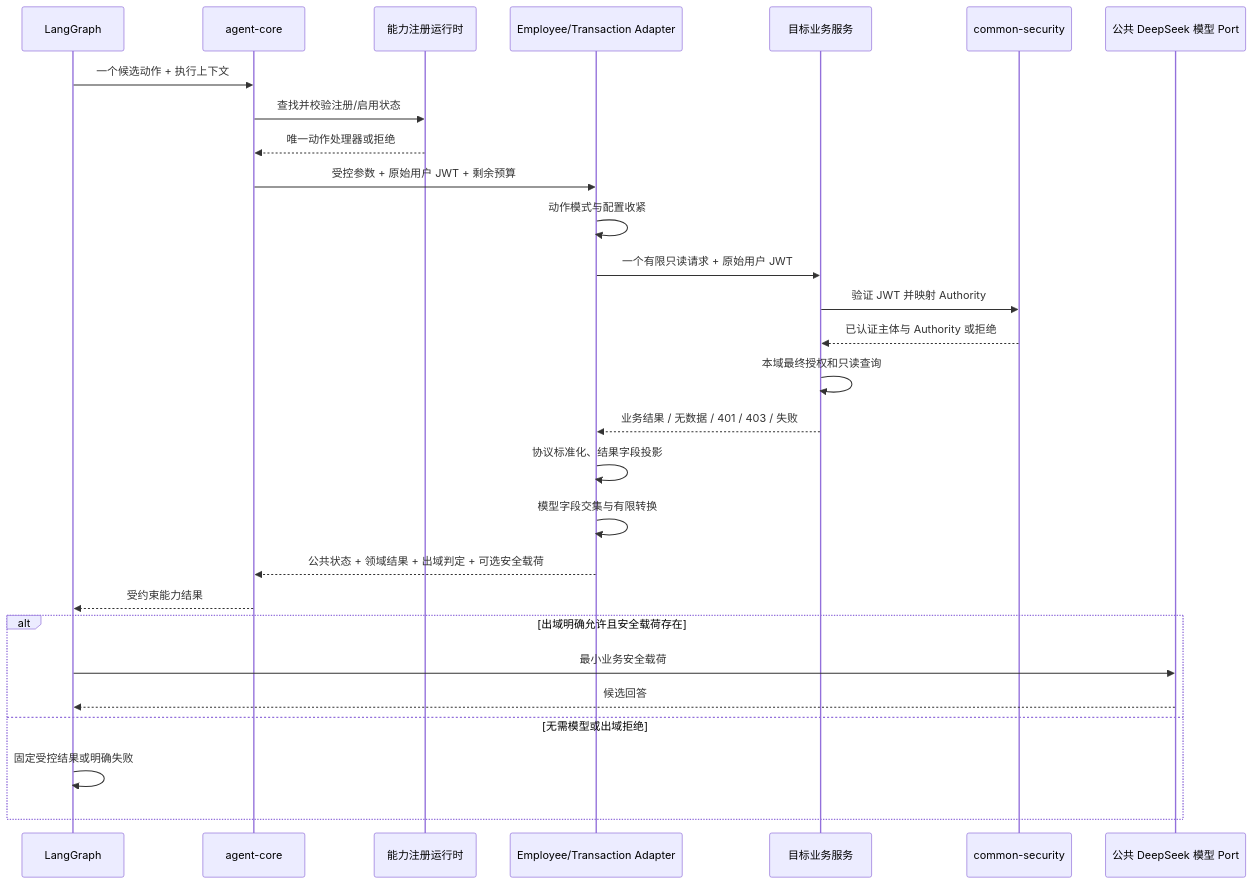
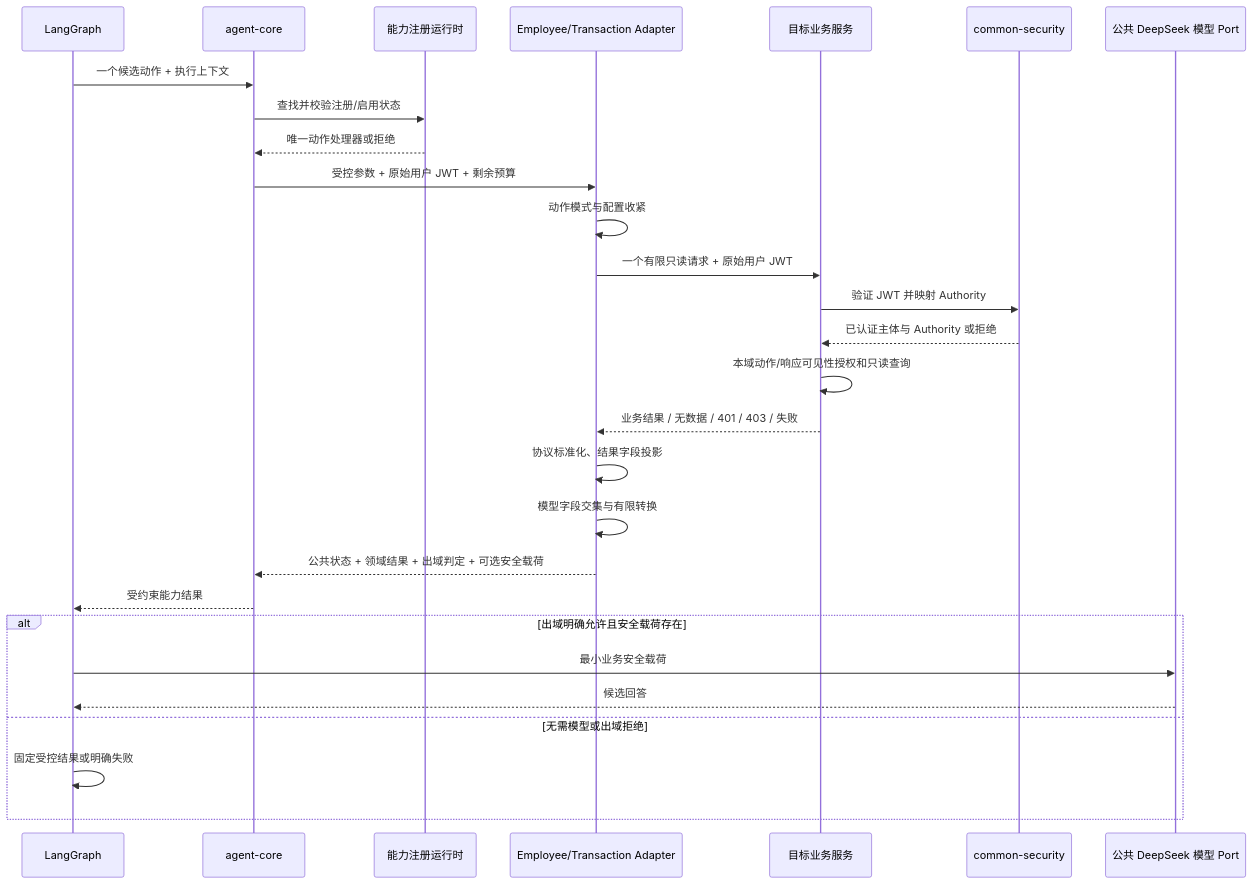
Before and after one commit to KyriosoO/springcloud-demo: the second of 2 diagrams in docs/design/L1_02_SINGLE_AGENT_BUSINESS_QUERY_ADAPTER_ARCHITECTURE.md, drawn with Mermaid. The commit also changed other lines of this file and 4 other files, not shown here.

````diff
--- a/docs/design/L1_02_SINGLE_AGENT_BUSINESS_QUERY_ADAPTER_ARCHITECTURE.md
+++ b/docs/design/L1_02_SINGLE_AGENT_BUSINESS_QUERY_ADAPTER_ARCHITECTURE.md
@@ -496,31 +519,31 @@
 ```mermaid
 sequenceDiagram
     participant G as LangGraph
     participant C as agent-core
     participant R as 能力注册运行时
     participant A as Employee/Transaction Adapter
     participant B as 目标业务服务
     participant S as common-security
     participant M as 公共 DeepSeek 模型 Port
 
     G->>C: 一个候选动作 + 执行上下文
     C->>R: 查找并校验注册/启用状态
     R-->>C: 唯一动作处理器或拒绝
     C->>A: 受控参数 + 原始用户 JWT + 剩余预算
     A->>A: 动作模式与配置收紧
     A->>B: 一个有限只读请求 + 原始用户 JWT
     B->>S: 验证 JWT 并映射 Authority
     S-->>B: 已认证主体与 Authority 或拒绝
-    B->>B: 本域最终授权和只读查询
+    B->>B: 本域动作/响应可见性授权和只读查询
     B-->>A: 业务结果 / 无数据 / 401 / 403 / 失败
     A->>A: 协议标准化、结果字段投影
     A->>A: 模型字段交集与有限转换
     A-->>C: 公共状态 + 领域结果 + 出域判定 + 可选安全载荷
     C-->>G: 受约束能力结果
     alt 出域明确允许且安全载荷存在
         G->>M: 最小业务安全载荷
         M-->>G: 候选回答
     else 无需模型或出域拒绝
         G->>G: 固定受控结果或明确失败
     end
 ```
````
